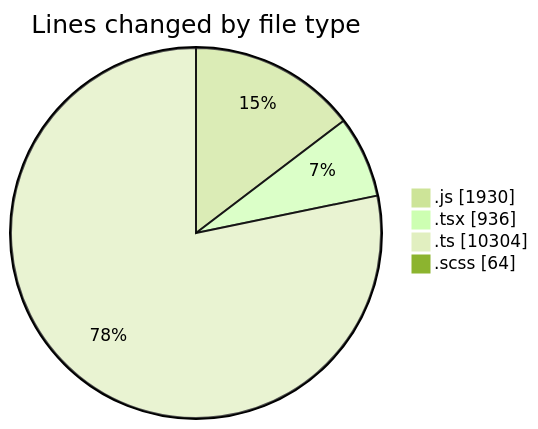
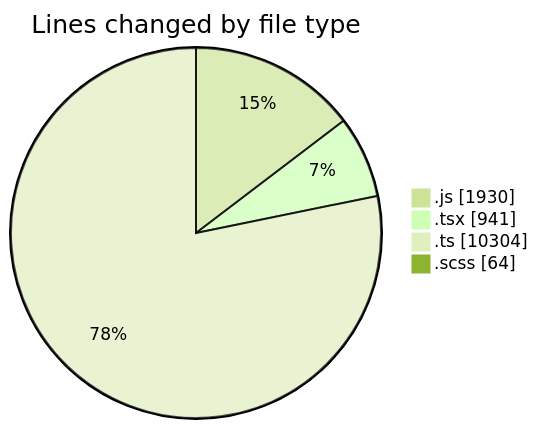
One commit to momahboobian/code-tracking changed the first of 2 diagrams in 2025-03-13/cda/README.md. Above: the diagram before and after it, drawn with Mermaid (forest theme). The commit also changed other lines of this file and 1 other file, not shown here.

````diff
--- a/2025-03-13/cda/README.md
+++ b/2025-03-13/cda/README.md
@@ -33,8 +33,8 @@
 ```mermaid
 pie showData
 title Lines changed by file type
 ".js" : 1930
-".tsx" : 936
+".tsx" : 941
 ".ts" : 10304
 ".scss" : 64
 ```
````
